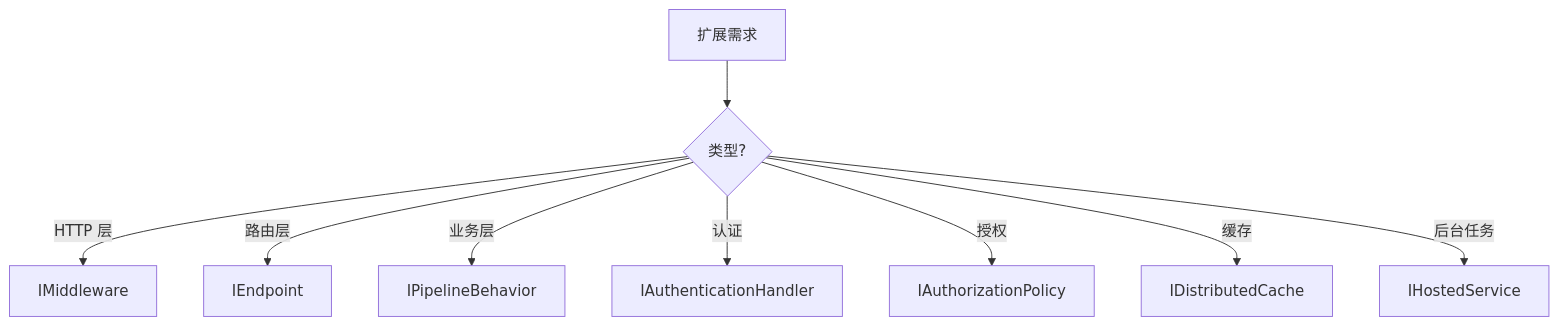
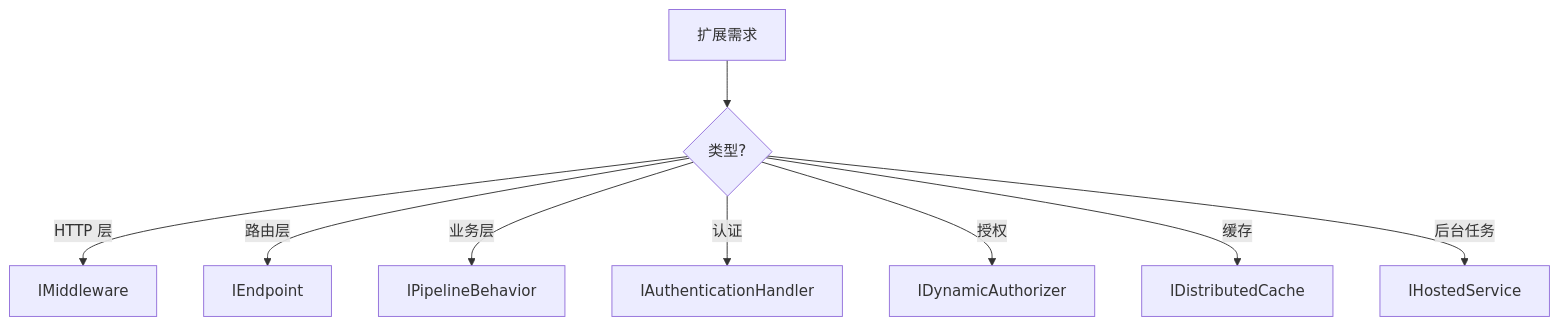
One commit to Rust-Framework/rust-webx changed the diagram in docs/rust-webx/03-philosophy/progressive-disclosure.md. Above: the diagram before and after it, drawn with Mermaid. The commit also changed other lines of this file and 1364 other files, not shown here.

````diff
--- a/docs/rust-webx/03-philosophy/progressive-disclosure.md
+++ b/docs/rust-webx/03-philosophy/progressive-disclosure.md
@@ -109,11 +108,11 @@
 ```mermaid
 graph TD
     A[扩展需求] --> B{类型?}
     B -->|HTTP 层| C[IMiddleware]
     B -->|路由层| D[IEndpoint]
     B -->|业务层| E[IPipelineBehavior]
     B -->|认证| F[IAuthenticationHandler]
-    B -->|授权| G[IAuthorizationPolicy]
+    B -->|授权| G[IDynamicAuthorizer]
     B -->|缓存| H[IDistributedCache]
     B -->|后台任务| I[IHostedService]
 ```
````
